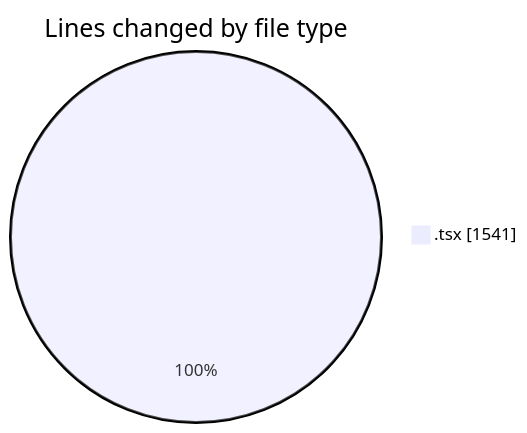
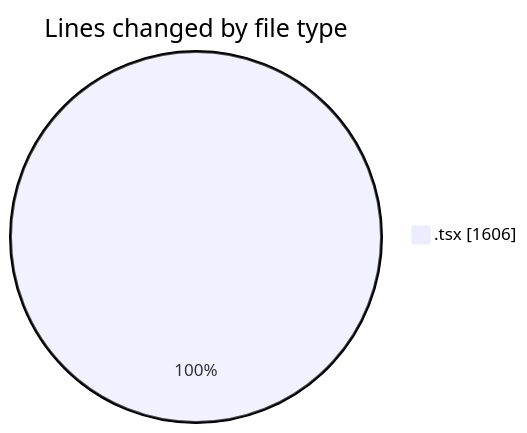
One commit to JenPaints/code-tracking changed the first of 2 diagrams in 2025-05-29/kimberly-groups/README.md. Above: the diagram before and after it, drawn with Mermaid. The commit also changed other lines of this file and 1 other file, not shown here.

````diff
--- a/2025-05-29/kimberly-groups/README.md
+++ b/2025-05-29/kimberly-groups/README.md
@@ -24,5 +24,5 @@
 ```mermaid
 pie showData
 title Lines changed by file type
-".tsx" : 1541
+".tsx" : 1606
 ```
````
